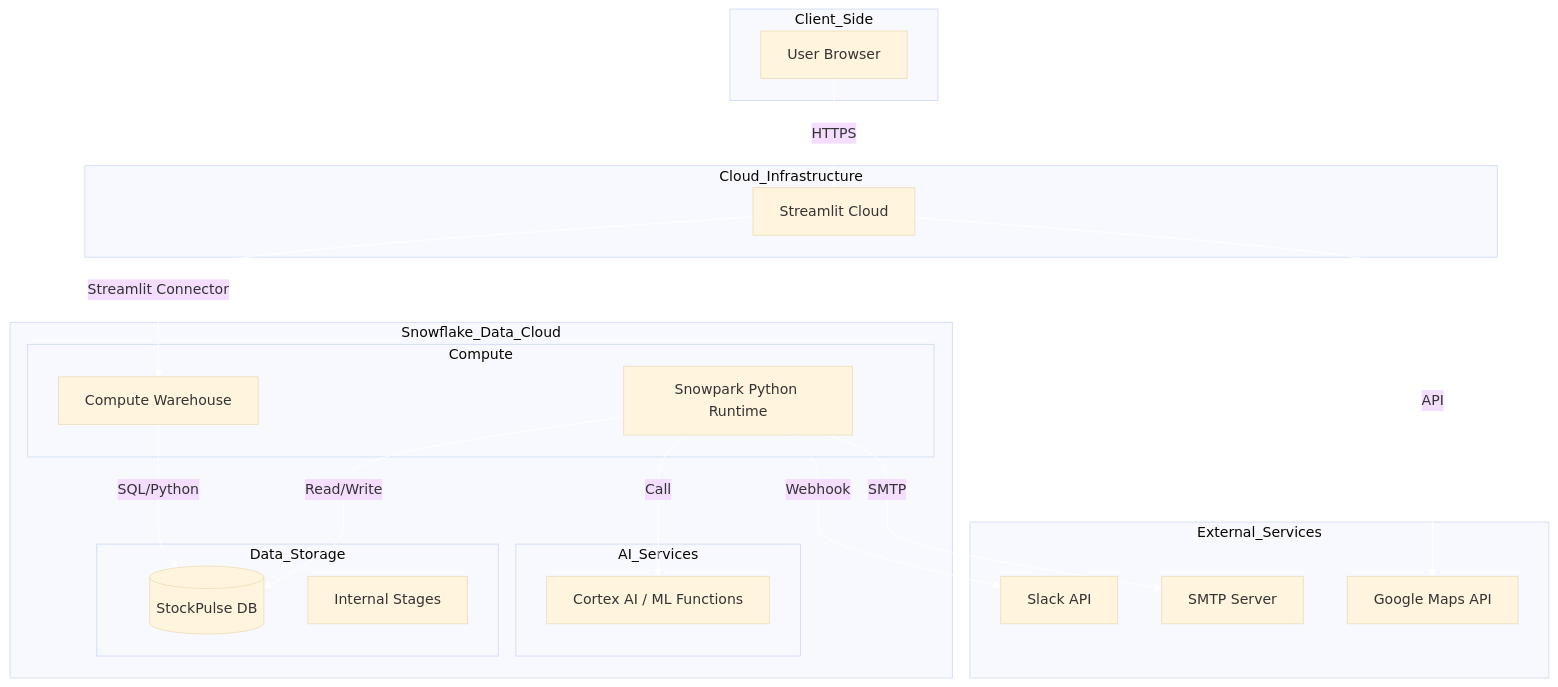
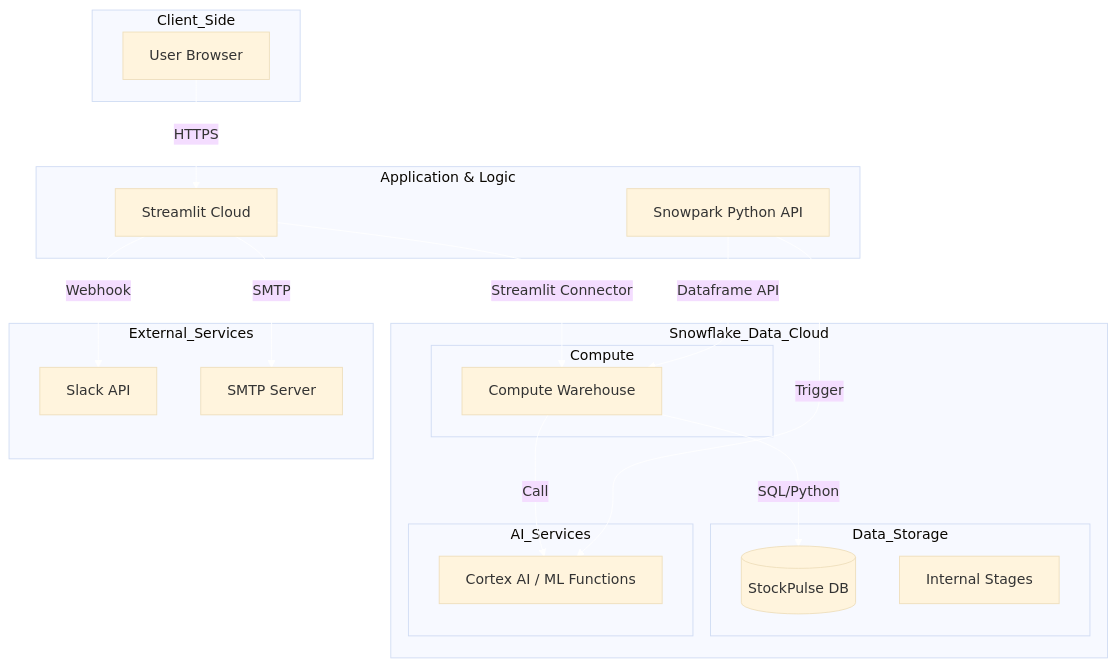
Before and after one commit to FlemingJohn/StockPulse-360: the second of 5 diagrams in README.md, drawn with Mermaid. The commit also changed 1 other file, not shown here.

Commit message:
feat: Extract and update architecture diagram to reflect Snowpark Python API integration and revised external service connections.

````diff
--- a/README.md
+++ b/README.md
@@ -313,43 +313,42 @@
 ```mermaid
 %%{init: { "theme": "base", "themeVariables": { "lineColor": "#ffffff" } }}%%
 graph TB
     subgraph Client_Side
         Browser[User Browser]
     end
 
-    subgraph Cloud_Infrastructure
+    subgraph "Application & Logic"
         Streamlit[Streamlit Cloud]
+        Snowpark[Snowpark Python API]
     end
 
     subgraph Snowflake_Data_Cloud
         subgraph Compute
             WH[Compute Warehouse]
-            SP[Snowpark Python Runtime]
         end
         
         subgraph Data_Storage
             DB[(StockPulse DB)]
             Stage[Internal Stages]
         end
         
         subgraph AI_Services
             Cortex[Cortex AI / ML Functions]
         end
     end
 
     subgraph External_Services
-        GM[Google Maps API]
         Slack[Slack API]
         SMTP[SMTP Server]
     end
 
     Browser -- HTTPS --> Streamlit
     Streamlit -- Streamlit Connector --> WH
+    Snowpark -- Dataframe API --> WH
     WH -- SQL/Python --> DB
-    SP -- Read/Write --> DB
-    SP -- Call --> Cortex
     
-    Streamlit -- API --> GM
-    SP -- Webhook --> Slack
-    SP -- SMTP --> SMTP
+    Streamlit -- Webhook --> Slack
+    Streamlit -- SMTP --> SMTP
+    WH -- Call --> Cortex
+    Snowpark -- Trigger --> Cortex
 ```
````
